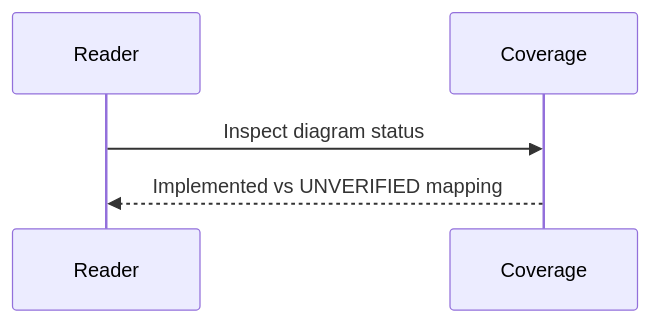
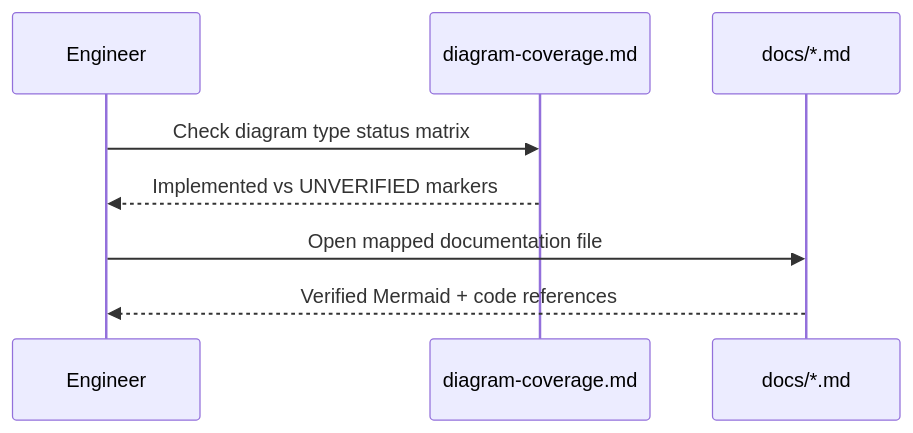
The first of 8 diagrams in docs/diagram-coverage.md (ahmedelbamby-aast/ScholarshipDisbursement), drawn with Mermaid before and after one commit. The commit also changed other lines of this file and 79 other files, not shown here.

````diff
--- a/docs/diagram-coverage.md
+++ b/docs/diagram-coverage.md
@@ -28,7 +28,10 @@
 ```mermaid
 sequenceDiagram
-  participant Reader
-  participant Coverage
-  Reader->>Coverage: Inspect diagram status
-  Coverage-->>Reader: Implemented vs UNVERIFIED mapping
+  participant Engineer
+  participant CoverageDoc as diagram-coverage.md
+  participant DetailDocs as docs/*.md
+  Engineer->>CoverageDoc: Check diagram type status matrix
+  CoverageDoc-->>Engineer: Implemented vs UNVERIFIED markers
+  Engineer->>DetailDocs: Open mapped documentation file
+  DetailDocs-->>Engineer: Verified Mermaid + code references
 ```
````
